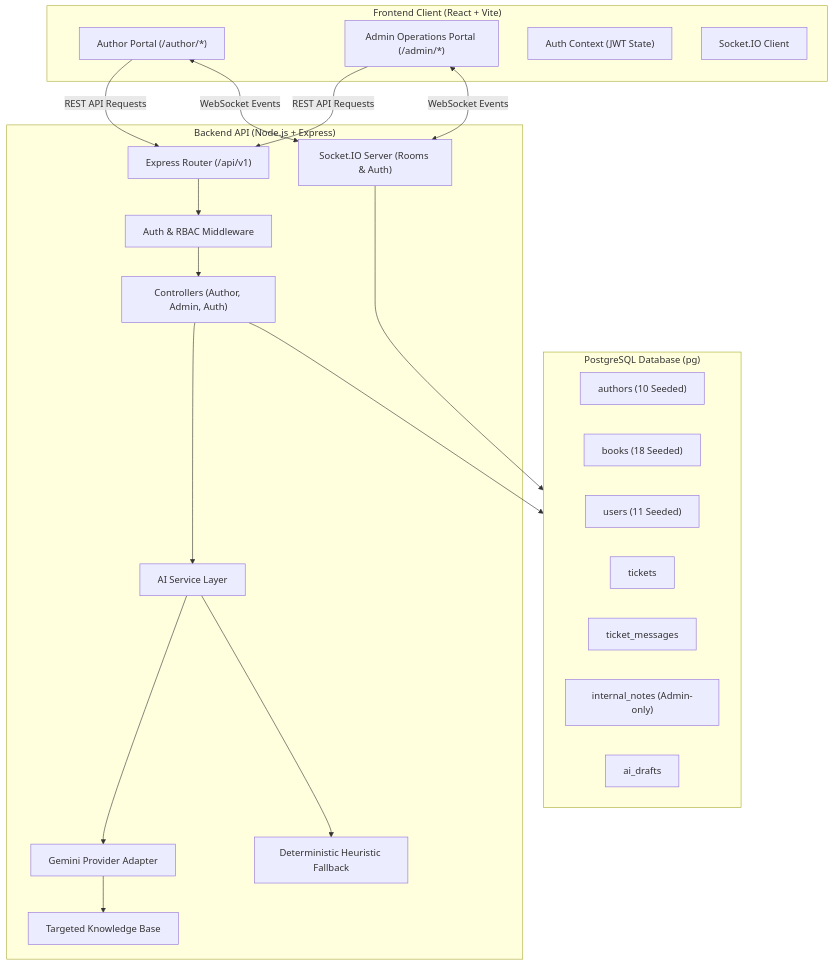
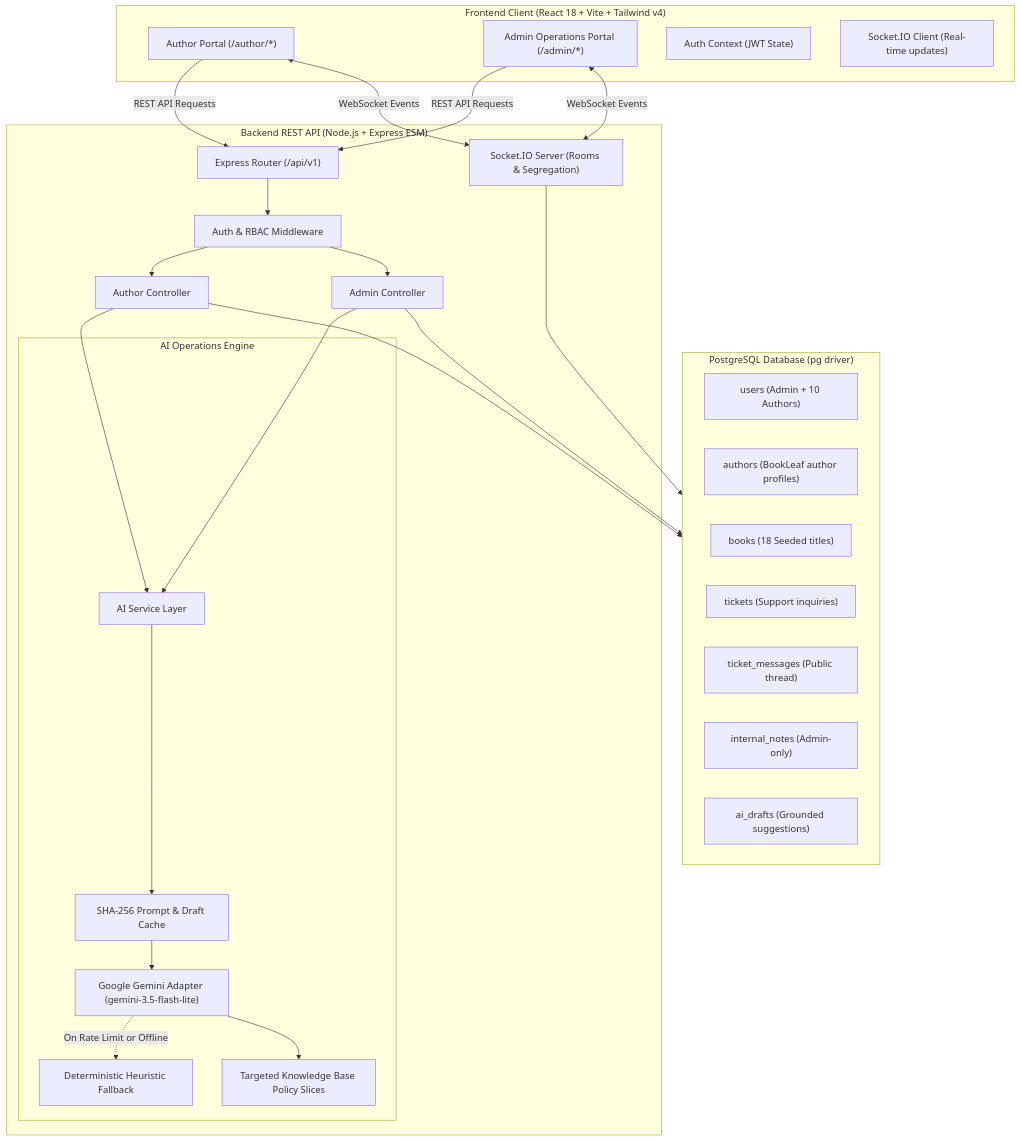
The diagram in README.md (Abhisek1233/Bookleaf-author-portal), drawn with Mermaid before and after one commit. The commit also changed other lines of this file, not shown here.

Commit message:
docs: overhaul README with publication badges, architecture diagram, full test catalog, and production evaluation matrix

````diff
--- a/README.md
+++ b/README.md
@@ -67,42 +119,56 @@
 ```mermaid
 flowchart TD
-    subgraph Frontend["Frontend Client (React + Vite)"]
-        UI_Author["Author Portal (/author/*)"]
-        UI_Admin["Admin Operations Portal (/admin/*)"]
-        AuthContext["Auth Context (JWT State)"]
-        SocketClient["Socket.IO Client"]
+    subgraph Client["Frontend Client (React 18 + Vite + Tailwind v4)"]
+        AuthorUI["Author Portal (/author/*)"]
+        AdminUI["Admin Operations Portal (/admin/*)"]
+        AuthCtx["Auth Context (JWT State)"]
+        SocketCl["Socket.IO Client (Real-time updates)"]
     end
 
-    subgraph Backend["Backend API (Node.js + Express)"]
+    subgraph Server["Backend REST API (Node.js + Express ESM)"]
         Router["Express Router (/api/v1)"]
-        AuthMiddleware["Auth & RBAC Middleware"]
-        Controllers["Controllers (Author, Admin, Auth)"]
-        AIService["AI Service Layer"]
-        GeminiAdapter["Gemini Provider Adapter"]
-        HeuristicFallback["Deterministic Heuristic Fallback"]
-        KnowledgeBase["Targeted Knowledge Base"]
-        SocketServer["Socket.IO Server (Rooms & Auth)"]
+        AuthMw["Auth & RBAC Middleware"]
+        AuthorCtrl["Author Controller"]
+        AdminCtrl["Admin Controller"]
+        
+        subgraph AISubsystem["AI Operations Engine"]
+            AISvc["AI Service Layer"]
+            GeminiProv["Google Gemini Adapter (gemini-3.5-flash-lite)"]
+            FallbackProv["Deterministic Heuristic Fallback"]
+            KB["Targeted Knowledge Base Policy Slices"]
+            Cache["SHA-256 Prompt & Draft Cache"]
+        end
+
+        SocketSvr["Socket.IO Server (Rooms & Segregation)"]
     end
 
-    subgraph Database["PostgreSQL Database (pg)"]
-        AuthorsTable["authors (10 Seeded)"]
-        BooksTable["books (18 Seeded)"]
-        UsersTable["users (11 Seeded)"]
-        TicketsTable["tickets"]
-        MessagesTable["ticket_messages"]
-        NotesTable["internal_notes (Admin-only)"]
-        DraftsTable["ai_drafts"]
+    subgraph Storage["PostgreSQL Database (pg driver)"]
+        T_Users["users (Admin + 10 Authors)"]
+        T_Authors["authors (BookLeaf author profiles)"]
+        T_Books["books (18 Seeded titles)"]
+        T_Tickets["tickets (Support inquiries)"]
+        T_Messages["ticket_messages (Public thread)"]
+        T_Notes["internal_notes (Admin-only)"]
+        T_Drafts["ai_drafts (Grounded suggestions)"]
     end
 
-    UI_Author -->|REST API Requests| Router
-    UI_Admin -->|REST API Requests| Router
-    UI_Author <-->|WebSocket Events| SocketServer
-    UI_Admin <-->|WebSocket Events| SocketServer
-    Router --> AuthMiddleware --> Controllers
-    Controllers --> AIService
-    AIService --> GeminiAdapter
-    AIService --> HeuristicFallback
-    GeminiAdapter --> KnowledgeBase
-    Controllers --> Database
-    SocketServer --> Database
+    AuthorUI -->|REST API Requests| Router
+    AdminUI -->|REST API Requests| Router
+    AuthorUI <-->|WebSocket Events| SocketSvr
+    AdminUI <-->|WebSocket Events| SocketSvr
+
+    Router --> AuthMw
+    AuthMw --> AuthorCtrl
+    AuthMw --> AdminCtrl
+    
+    AuthorCtrl --> AISvc
+    AdminCtrl --> AISvc
+    AISvc --> Cache
+    Cache --> GeminiProv
+    GeminiProv -.->|On Rate Limit or Offline| FallbackProv
+    GeminiProv --> KB
+    
+    AuthorCtrl --> Storage
+    AdminCtrl --> Storage
+    SocketSvr --> Storage
 ```
````
